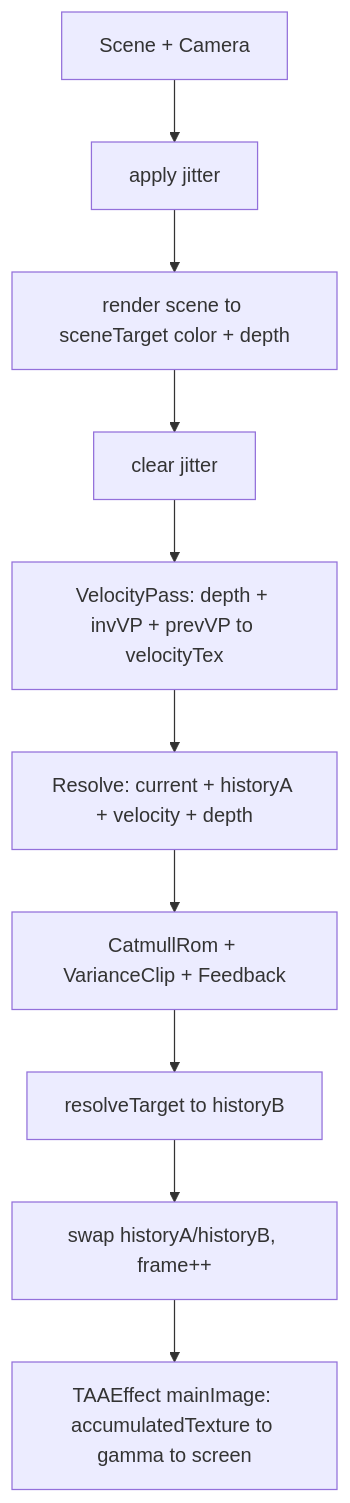
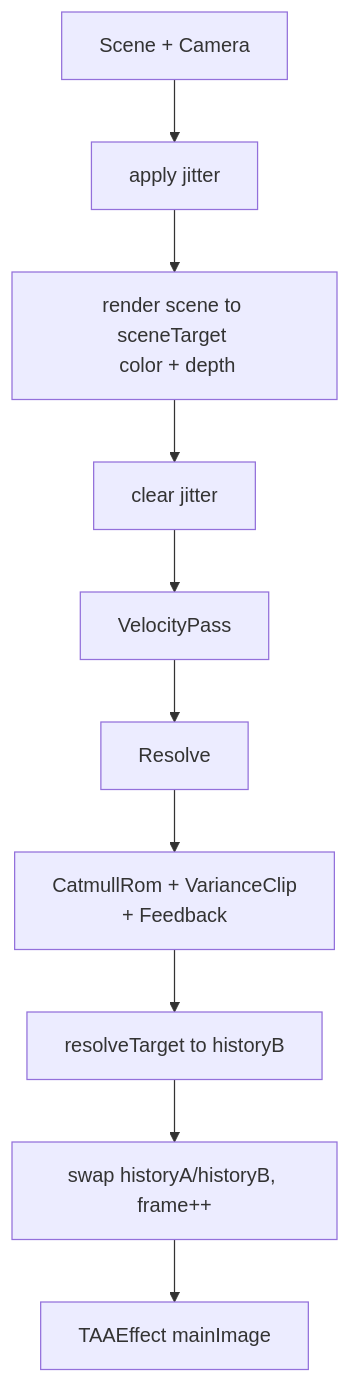
Before and after one commit to KallkaGo/Simple-TAA: the diagram in README.md, drawn with Mermaid.

Commit message:
udapte flow

````diff
--- a/README.md
+++ b/README.md
@@ -335,12 +335,12 @@
 ```mermaid
 flowchart TD
     A[Scene + Camera] --> B[apply jitter]
-    B --> C[render scene to sceneTarget color + depth]
+    B --> C[render scene to sceneTarget <br/> color + depth]
     C --> D[clear jitter]
-    D --> E[VelocityPass: depth + invVP + prevVP to velocityTex]
-    E --> F[Resolve: current + historyA + velocity + depth]
-    F --> G[CatmullRom + VarianceClip + Feedback]
+    D --> E[VelocityPass]
+    E --> F[Resolve]
+    F --> G[CatmullRom + VarianceClip <br/> + Feedback]
     G --> H[resolveTarget to historyB]
     H --> I[swap historyA/historyB, frame++]
-    I --> J[TAAEffect mainImage: accumulatedTexture to gamma to screen]
+    I --> J[TAAEffect mainImage]
 ```
````
